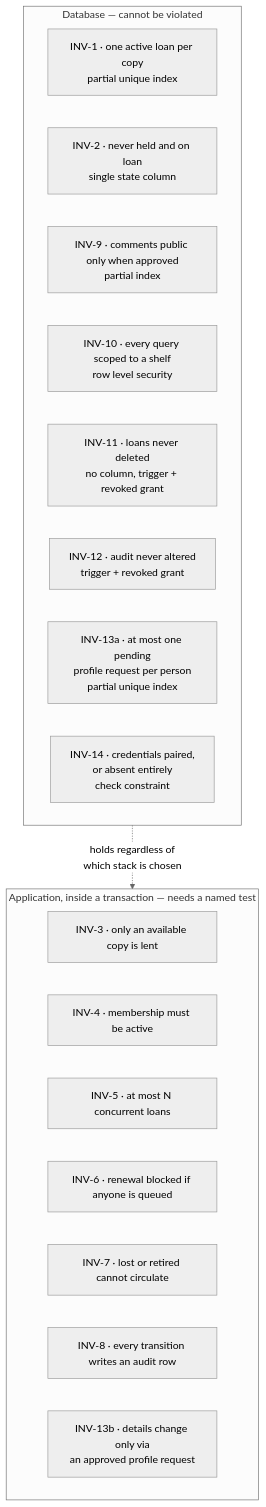
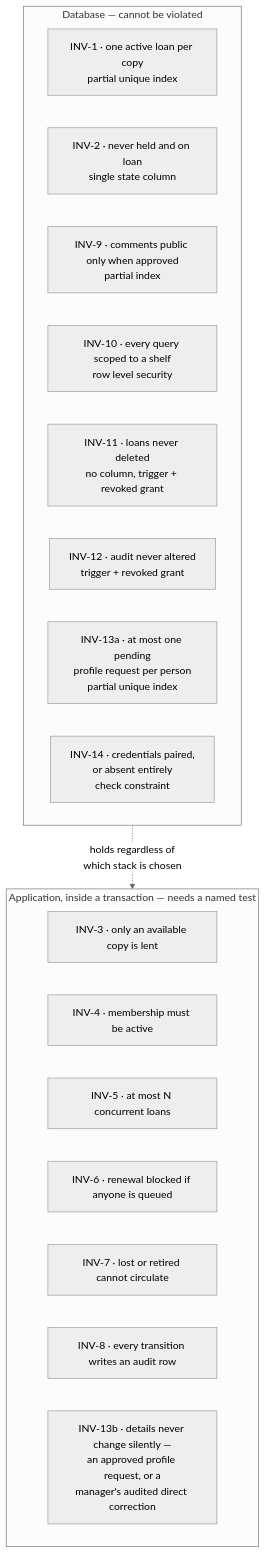
The second of 2 diagrams in docs/DATABASE.md (kienmatu/OLibra), drawn with Mermaid (neutral theme) before and after one commit. The commit also changed other lines of this file and 4 other files, not shown here.

````diff
--- a/docs/DATABASE.md
+++ b/docs/DATABASE.md
@@ -157,23 +157,23 @@
 ```mermaid
 flowchart TB
     subgraph DB["Database — cannot be violated"]
         I1["INV-1 · one active loan per copy<br/>partial unique index"]
         I2["INV-2 · never held and on loan<br/>single state column"]
         I9["INV-9 · comments public only when approved<br/>partial index"]
         I10["INV-10 · every query scoped to a shelf<br/>row level security"]
         I11["INV-11 · loans never deleted<br/>no column, trigger + revoked grant"]
         I12["INV-12 · audit never altered<br/>trigger + revoked grant"]
         I13a["INV-13a · at most one pending<br/>profile request per person<br/>partial unique index"]
         I14["INV-14 · credentials paired,<br/>or absent entirely<br/>check constraint"]
     end
     subgraph APP["Application, inside a transaction — needs a named test"]
         I3["INV-3 · only an available copy is lent"]
         I4["INV-4 · membership must be active"]
         I5["INV-5 · at most N concurrent loans"]
         I6["INV-6 · renewal blocked if anyone is queued"]
         I7["INV-7 · lost or retired cannot circulate"]
         I8["INV-8 · every transition writes an audit row"]
-        I13b["INV-13b · details change only via<br/>an approved profile request"]
+        I13b["INV-13b · details never change silently —<br/>an approved profile request, or a<br/>manager's audited direct correction"]
     end
     DB -.->|"holds regardless of<br/>which stack is chosen"| APP
 ```
````
